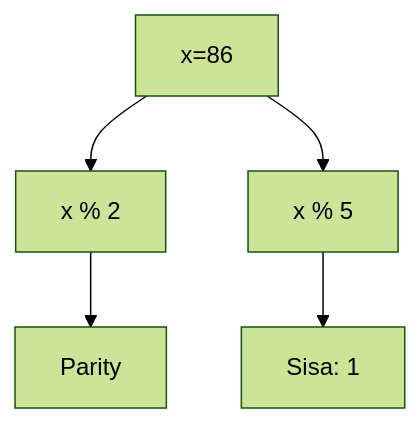
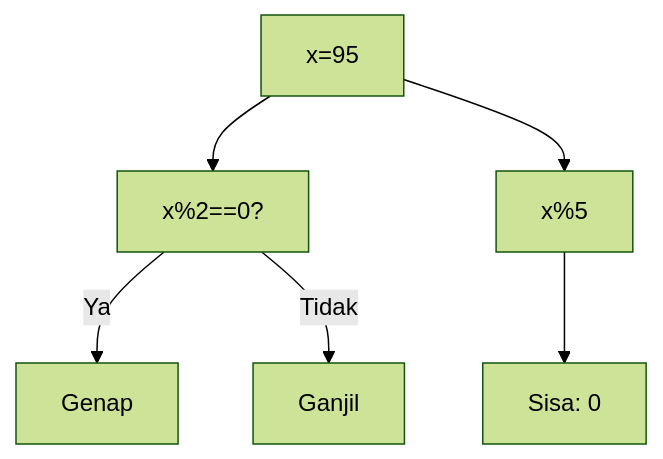
Diagram 14 of 25 in part-c-pemahaman-cpp/04-fungsi/latihan/set-02.md (amnahwaida/OSNK_INF_PREP), drawn with Mermaid (forest theme) before and after one commit. The commit also changed other lines of this file and 71 other files, not shown here.

Commit message:
Fixed Mermaid syntax lexical errors with quoted labels in 1,800 questions

````diff
--- a/part-c-pemahaman-cpp/04-fungsi/latihan/set-02.md
+++ b/part-c-pemahaman-cpp/04-fungsi/latihan/set-02.md
@@ -354,7 +430,8 @@
 ```mermaid
 graph TD
-A[x=86] --> B[x % 2]
-B --> C[Parity]
-A --> D[x % 5]
-D --> E[Sisa: 1]
+A["x=95"] --> B["x%2==0?"]
+B -- Ya --> C["Genap"]
+B -- Tidak --> D["Ganjil"]
+A --> E["x%5"]
+E --> F["Sisa: 0"]
 ```
````
